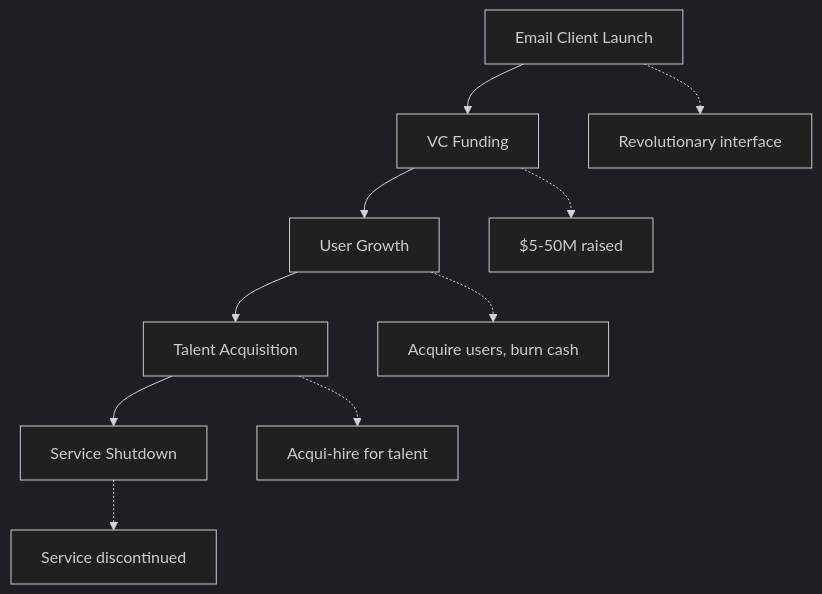
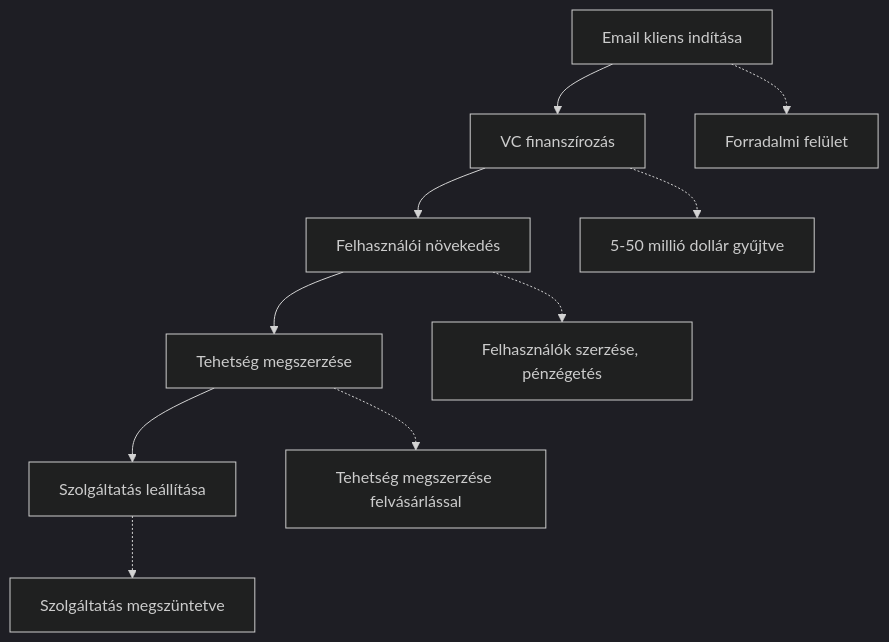
The fifth of 10 diagrams in app/views/docs/email-startup-graveyard-why-80-percent-email-companies-fail/index-hu.md (forwardemail/forwardemail.net), drawn with Mermaid (dark theme) before and after one commit. The commit also changed other lines of this file and 1055 other files, not shown here.

````diff
--- a/app/views/docs/email-startup-graveyard-why-80-percent-email-companies-fail/index-hu.md
+++ b/app/views/docs/email-startup-graveyard-why-80-percent-email-companies-fail/index-hu.md
@@ -335,13 +339,13 @@
 ```mermaid
 flowchart TD
-    A[Email Client Launch] --> B[VC Funding]
-    B --> C[User Growth]
-    C --> D[Talent Acquisition]
-    D --> E[Service Shutdown]
+    A[Email kliens indítása] --> B[VC finanszírozás]
+    B --> C[Felhasználói növekedés]
+    C --> D[Tehetség megszerzése]
+    D --> E[Szolgáltatás leállítása]
 
-    A -.-> A1["Revolutionary interface"]
-    B -.-> B1["$5-50M raised"]
-    C -.-> C1["Acquire users, burn cash"]
-    D -.-> D1["Acqui-hire for talent"]
-    E -.-> E1["Service discontinued"]
+    A -.-> A1["Forradalmi felület"]
+    B -.-> B1["5-50 millió dollár gyűjtve"]
+    C -.-> C1["Felhasználók szerzése, pénzégetés"]
+    D -.-> D1["Tehetség megszerzése felvásárlással"]
+    E -.-> E1["Szolgáltatás megszüntetve"]
 ```
````
